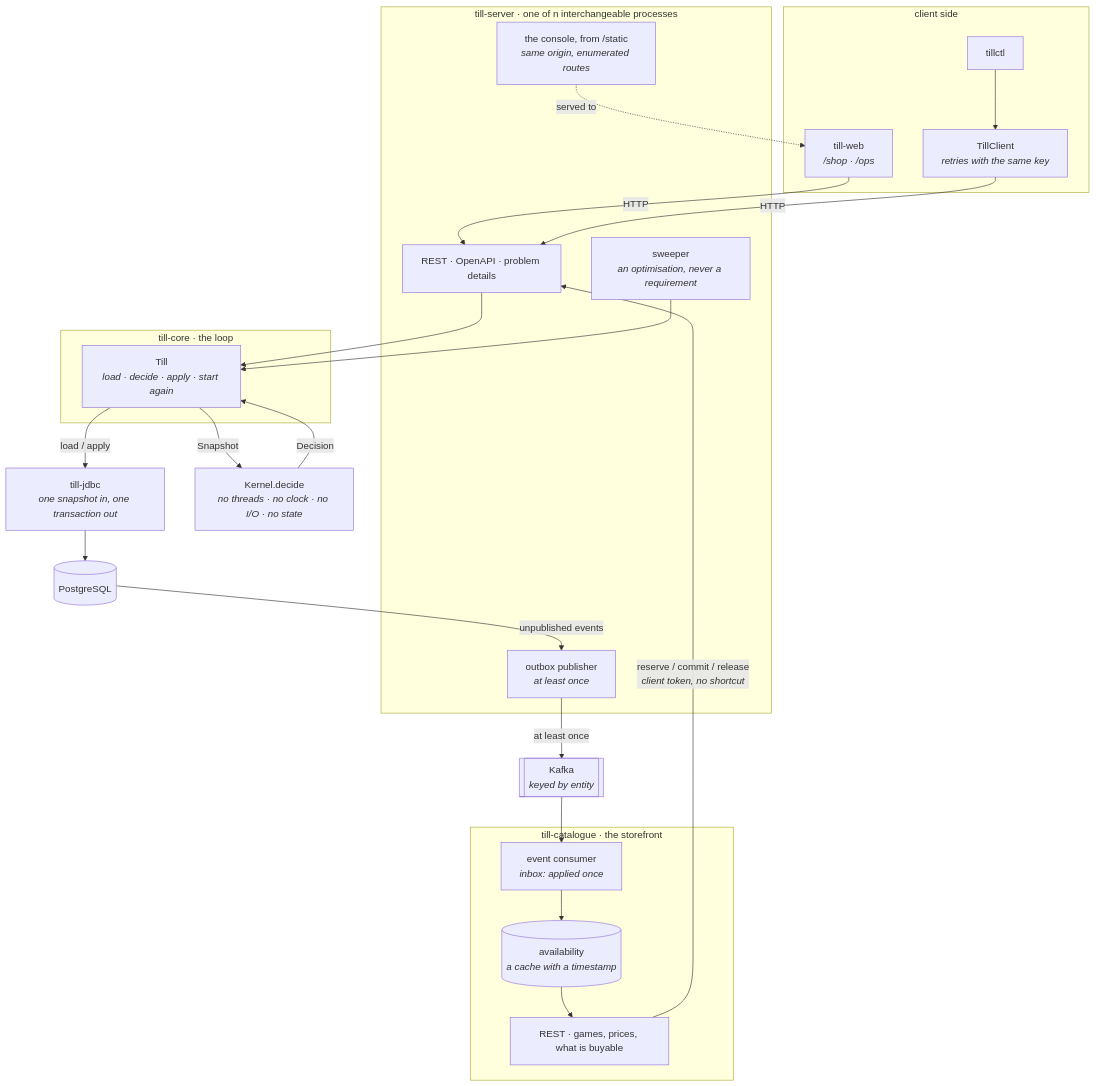
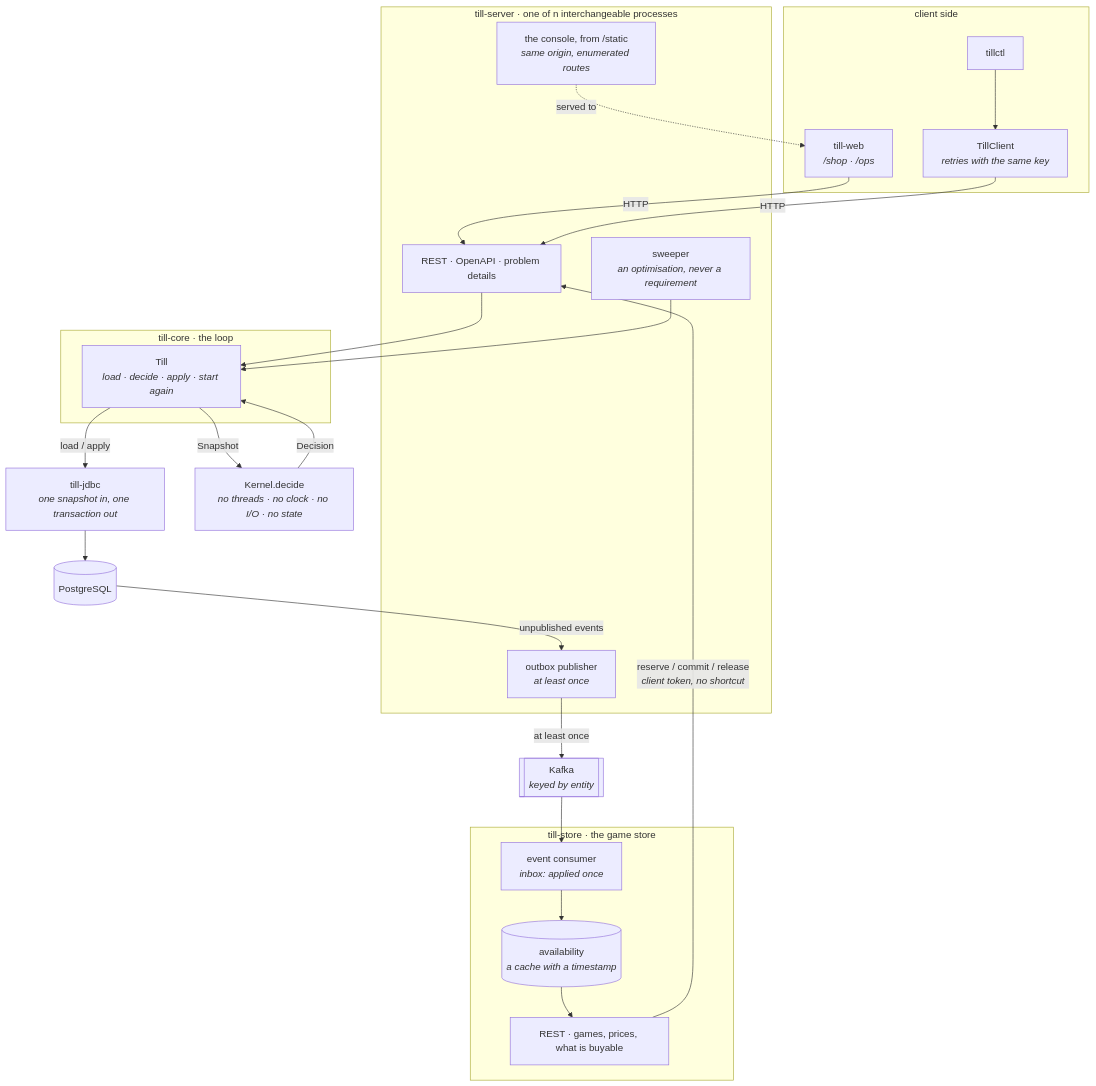
The first of 2 diagrams in README.md (jason-te-sde/till), drawn with Mermaid before and after one commit. The commit also changed other lines of this file and 23 other files, not shown here.

First line of the commit message:
Rename till-catalogue to till-store

````diff
--- a/README.md
+++ b/README.md
@@ -175,47 +175,47 @@
 ```mermaid
 flowchart TB
     subgraph client["client side"]
         WEB["till-web<br/><i>/shop · /ops</i>"]
         CTL["tillctl"]
         API["TillClient<br/><i>retries with the same key</i>"]
     end
 
     subgraph server["till-server · one of n interchangeable processes"]
         REST["REST · OpenAPI · problem details"]
         STATIC["the console, from /static<br/><i>same origin, enumerated routes</i>"]
         SWEEP["sweeper<br/><i>an optimisation, never a requirement</i>"]
         PUB["outbox publisher<br/><i>at least once</i>"]
     end
 
     subgraph loop["till-core · the loop"]
         TILL["Till<br/><i>load · decide · apply · start again</i>"]
     end
 
     KERNEL["Kernel.decide<br/><i>no threads · no clock · no I/O · no state</i>"]
     LEDGER["till-jdbc<br/><i>one snapshot in, one transaction out</i>"]
     PG[("PostgreSQL")]
 
     CTL --> API
     WEB -- "HTTP" --> REST
     STATIC -. "served to" .-> WEB
     API -- "HTTP" --> REST
     REST --> TILL
     SWEEP --> TILL
     TILL -- "Snapshot" --> KERNEL
     KERNEL -- "Decision" --> TILL
     TILL -- "load / apply" --> LEDGER
     LEDGER --> PG
     PG -- "unpublished events" --> PUB
     PUB -- "at least once" --> KAFKA[["Kafka<br/><i>keyed by entity</i>"]]
     KAFKA --> CONSUMER
 
-    subgraph store["till-catalogue · the storefront"]
+    subgraph store["till-store · the game store"]
         CONSUMER["event consumer<br/><i>inbox: applied once</i>"]
         PROJ[("availability<br/><i>a cache with a timestamp</i>")]
         SHOP["REST · games, prices, what is buyable"]
     end
 
     CONSUMER --> PROJ
     PROJ --> SHOP
     SHOP -- "reserve / commit / release<br/><i>client token, no shortcut</i>" --> REST
 ```
````
